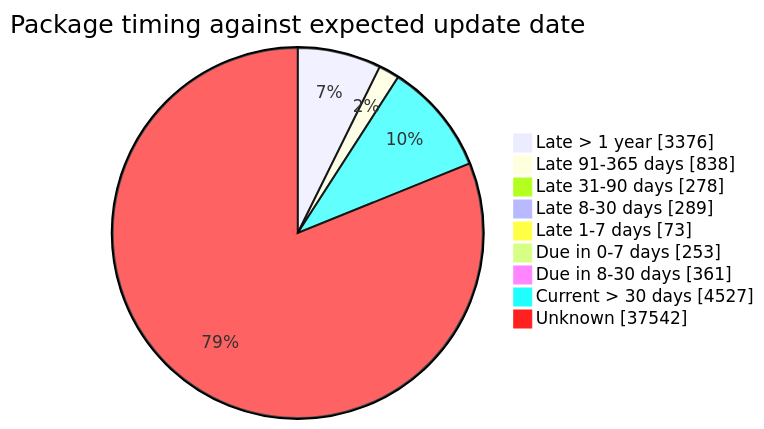
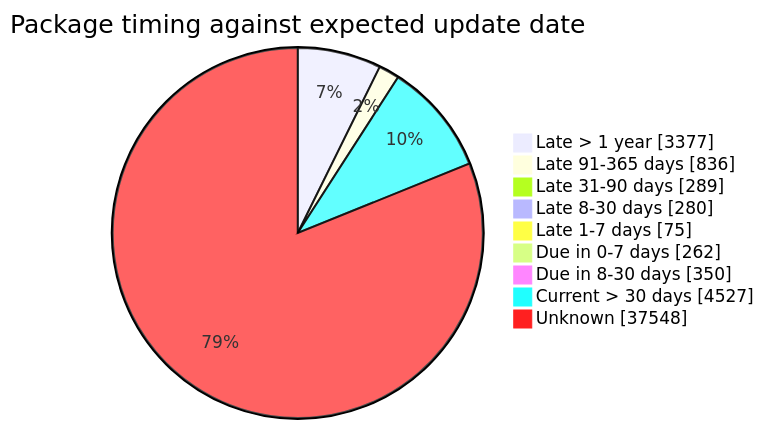
One commit to open-data/analytics-corporate-reporting changed the fourth of 5 diagrams in FreshCheck/README.md. Above: the diagram before and after it, drawn with Mermaid. The commit also changed other lines of this file and 3 other files, not shown here.

````diff
--- a/FreshCheck/README.md
+++ b/FreshCheck/README.md
@@ -87,12 +87,12 @@
 ```mermaid
 pie showData title Package timing against expected update date
-    "Late > 1 year": 3376
-    "Late 91-365 days": 838
-    "Late 31-90 days": 278
-    "Late 8-30 days": 289
-    "Late 1-7 days": 73
-    "Due in 0-7 days": 253
-    "Due in 8-30 days": 361
+    "Late > 1 year": 3377
+    "Late 91-365 days": 836
+    "Late 31-90 days": 289
+    "Late 8-30 days": 280
+    "Late 1-7 days": 75
+    "Due in 0-7 days": 262
+    "Due in 8-30 days": 350
     "Current > 30 days": 4527
-    "Unknown": 37542
+    "Unknown": 37548
 ```
````
